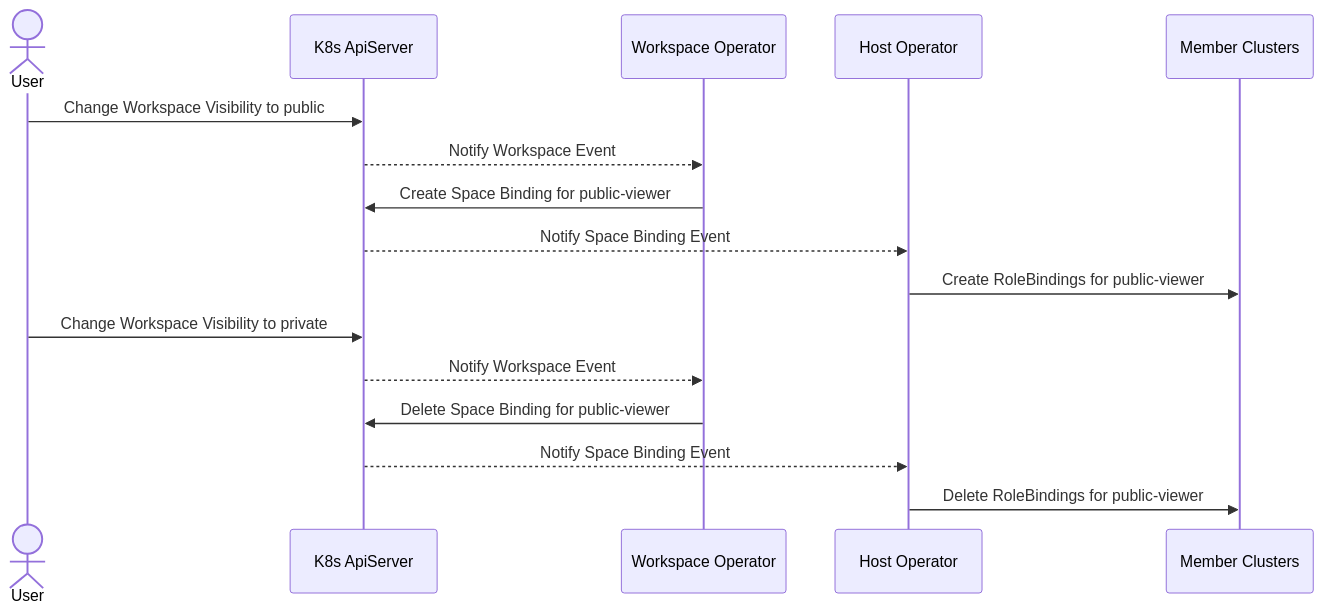
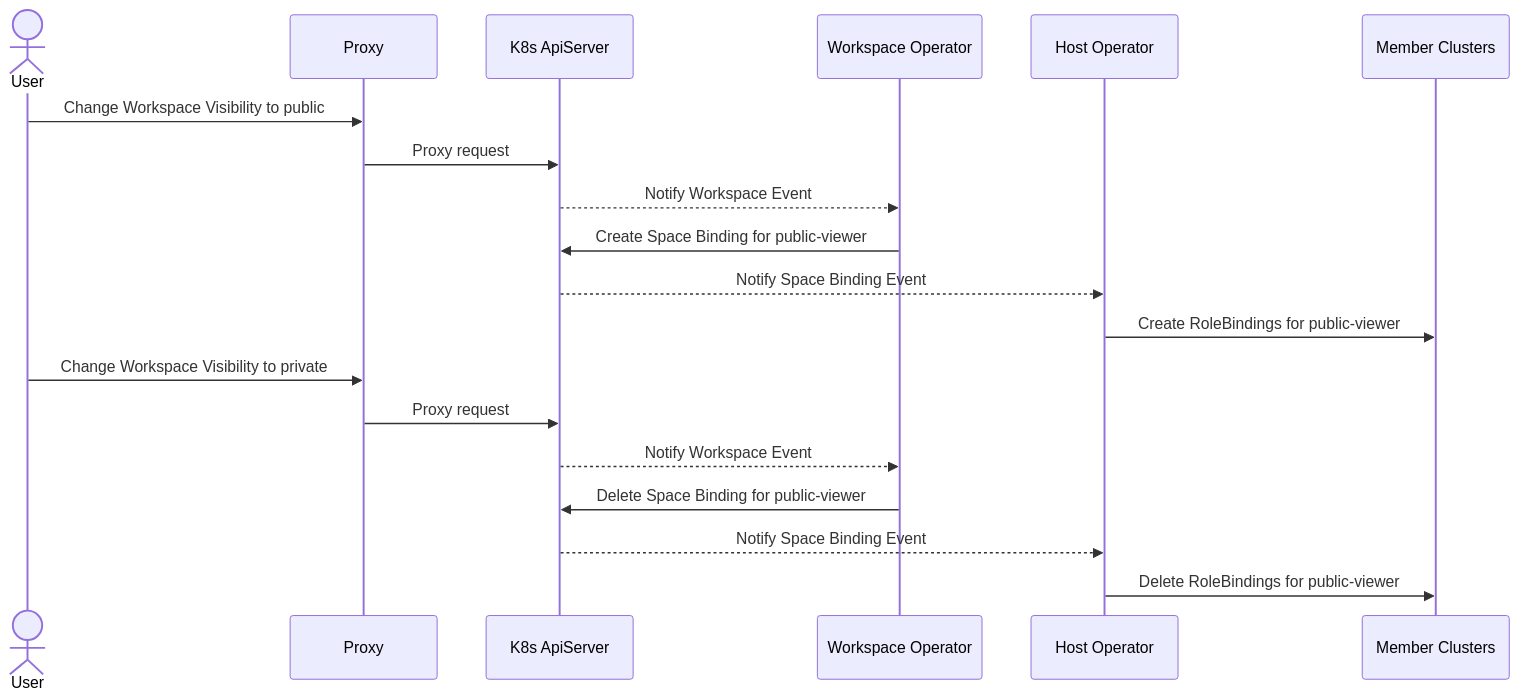
One commit to konflux-workspaces/workspaces changed the diagram in doc/design/workflows/user_change_visibility.mmd. Above: the diagram before and after it, drawn with Mermaid. The commit also changed 4 other files, not shown here.

```diff
--- a/doc/design/workflows/user_change_visibility.mmd
+++ b/doc/design/workflows/user_change_visibility.mmd
@@ -1,21 +1,24 @@
 sequenceDiagram
   actor U as User
 
+  participant P as Proxy
   participant KA as K8s ApiServer
   participant WO as Workspace Operator
   participant HO as Host Operator
   participant KAMC as Member Clusters
 
-  U->>KA: Change Workspace Visibility to public
+  U->>P: Change Workspace Visibility to public
+  P->>KA: Proxy request
   KA-->>WO: Notify Workspace Event
   WO->>KA: Create Space Binding for public-viewer
   
   KA-->>HO: Notify Space Binding Event
   HO->>KAMC: Create RoleBindings for public-viewer
   
-  U->>KA: Change Workspace Visibility to private
+  U->>P: Change Workspace Visibility to private
+  P->>KA: Proxy request
   KA-->>WO: Notify Workspace Event
   WO->>KA: Delete Space Binding for public-viewer
   
   KA-->>HO: Notify Space Binding Event
   HO->>KAMC: Delete RoleBindings for public-viewer
```
